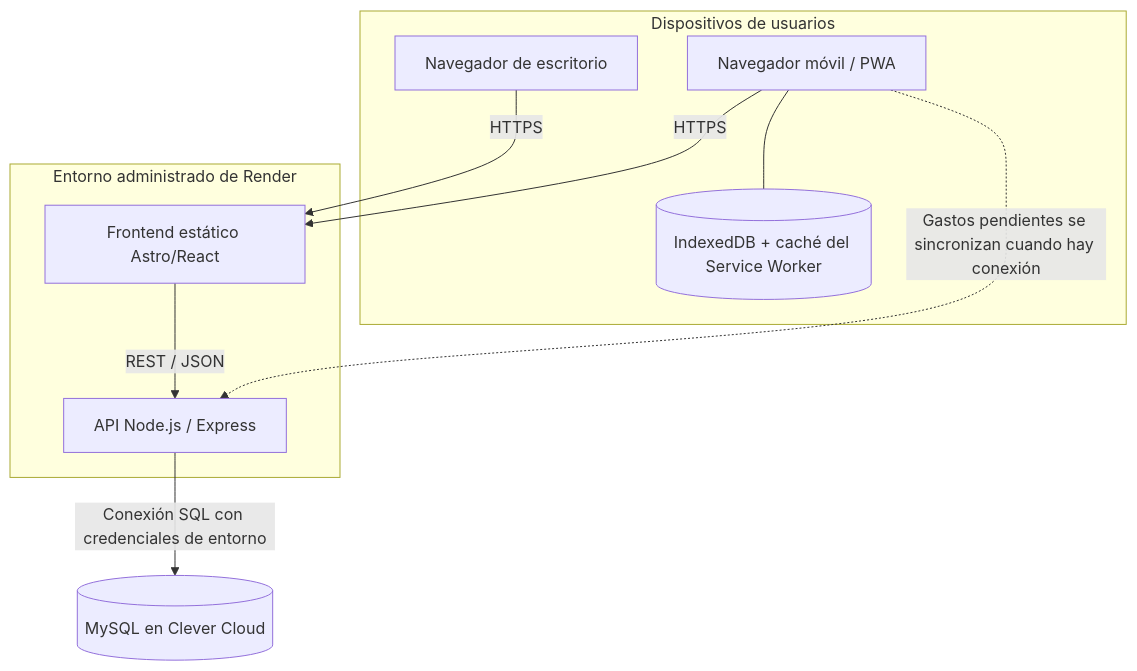
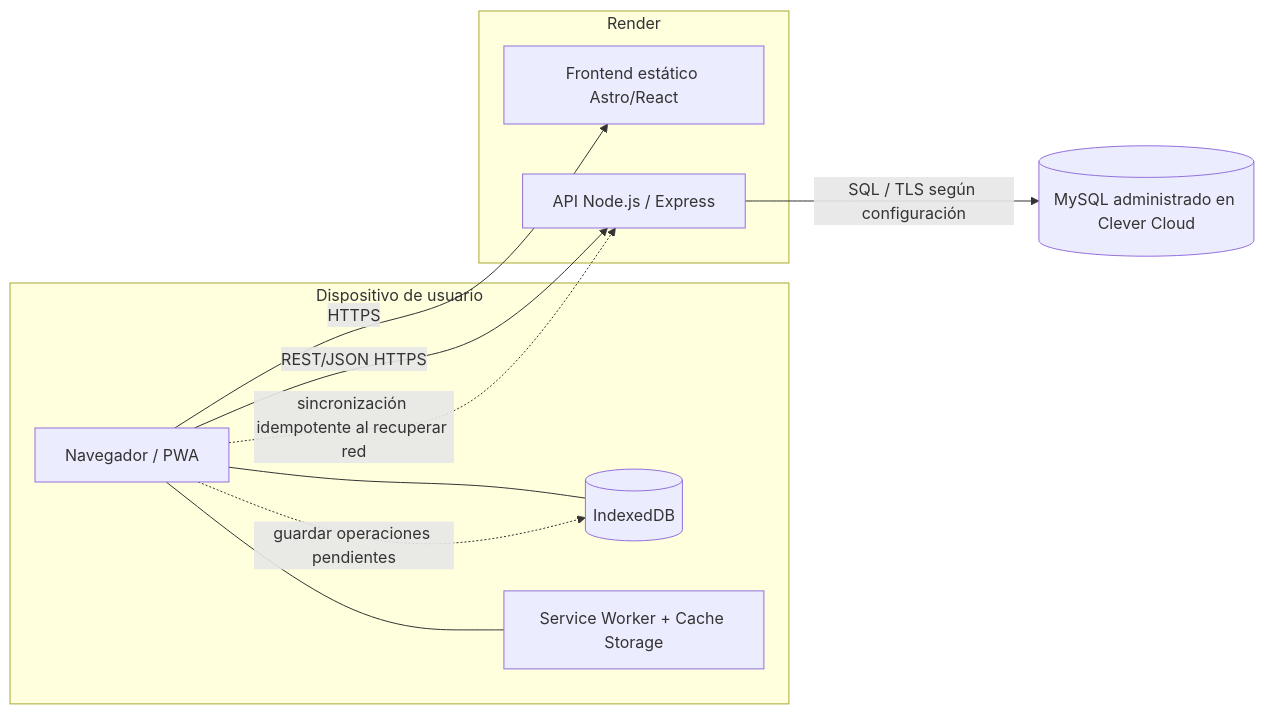
The second of 16 diagrams in DOCUMENTACION_ACADEMICA_PAZITO.md (Jhon-Develop/Pazito), drawn with Mermaid before and after one commit. The commit also changed other lines of this file, not shown here.

Commit message:
docs: actualizar documentación académica y técnica con nuevos casos de uso y mejoras en diagramas

````diff
--- a/DOCUMENTACION_ACADEMICA_PAZITO.md
+++ b/DOCUMENTACION_ACADEMICA_PAZITO.md
@@ -418,19 +418,21 @@
 ```mermaid
-flowchart TB
-    subgraph Clientes[Dispositivos de usuarios]
-      Desk[Navegador de escritorio]
-      Mobile[Navegador móvil / PWA]
-      Local[(IndexedDB + caché del Service Worker)]
-      Mobile --- Local
+flowchart LR
+    subgraph Dispositivo_de_usuario ["Dispositivo de usuario"]
+        Client["Navegador / PWA"]
+        LocalDB[("IndexedDB")]
+        SW["Service Worker + Cache Storage"]
+        Client --- LocalDB
+        Client --- SW
     end
-    subgraph Render[Entorno administrado de Render]
-      Web[Frontend estático Astro/React]
-      API[API Node.js / Express]
+    subgraph Entorno_Render ["Render"]
+        Web["Frontend estático Astro/React"]
+        API["API Node.js / Express"]
     end
-    DB[(MySQL en Clever Cloud)]
-    Desk -->|HTTPS| Web
-    Mobile -->|HTTPS| Web
-    Web -->|REST / JSON| API
-    API -->|Conexión SQL con credenciales de entorno| DB
-    Mobile -.->|Gastos pendientes se sincronizan cuando hay conexión| API
+    DB[("MySQL administrado en Clever Cloud")]
+
+    Client -->|HTTPS| Web
+    Client -->|REST/JSON HTTPS| API
+    API -->|SQL / TLS según configuración| DB
+    Client -.->|guardar operaciones pendientes| LocalDB
+    Client -.->|sincronización idempotente al recuperar red| API
 ```
````
